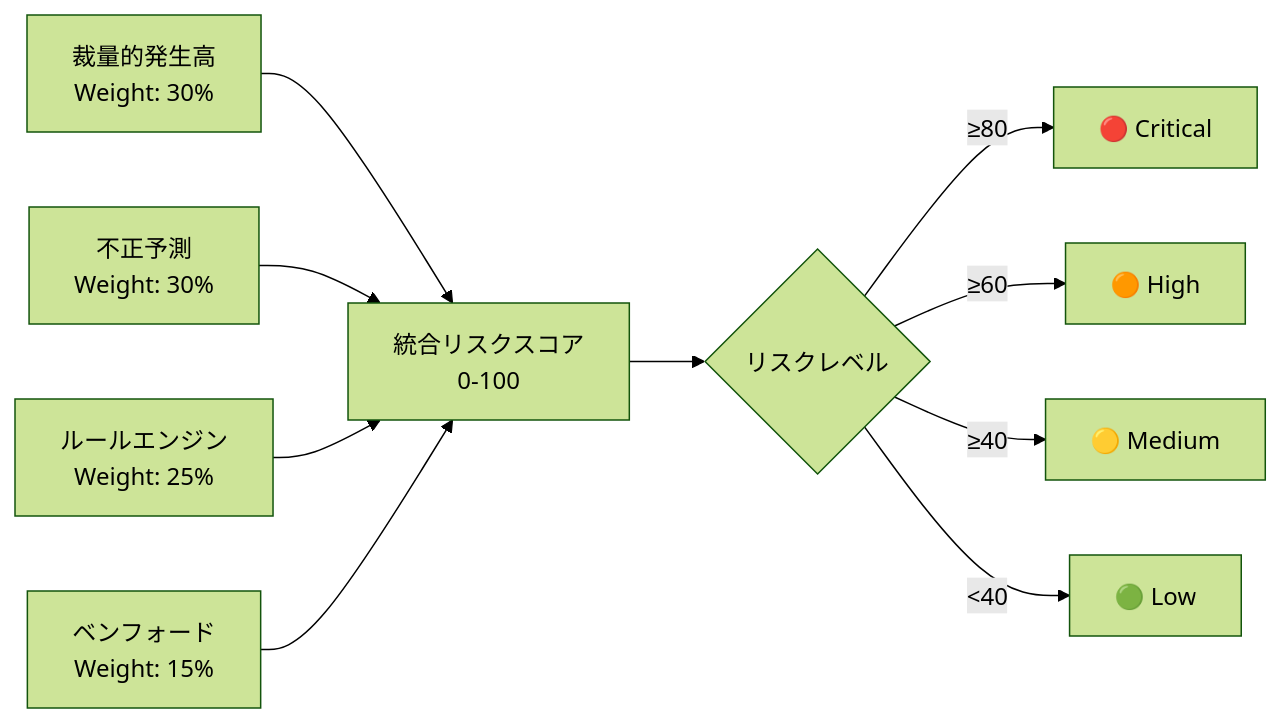
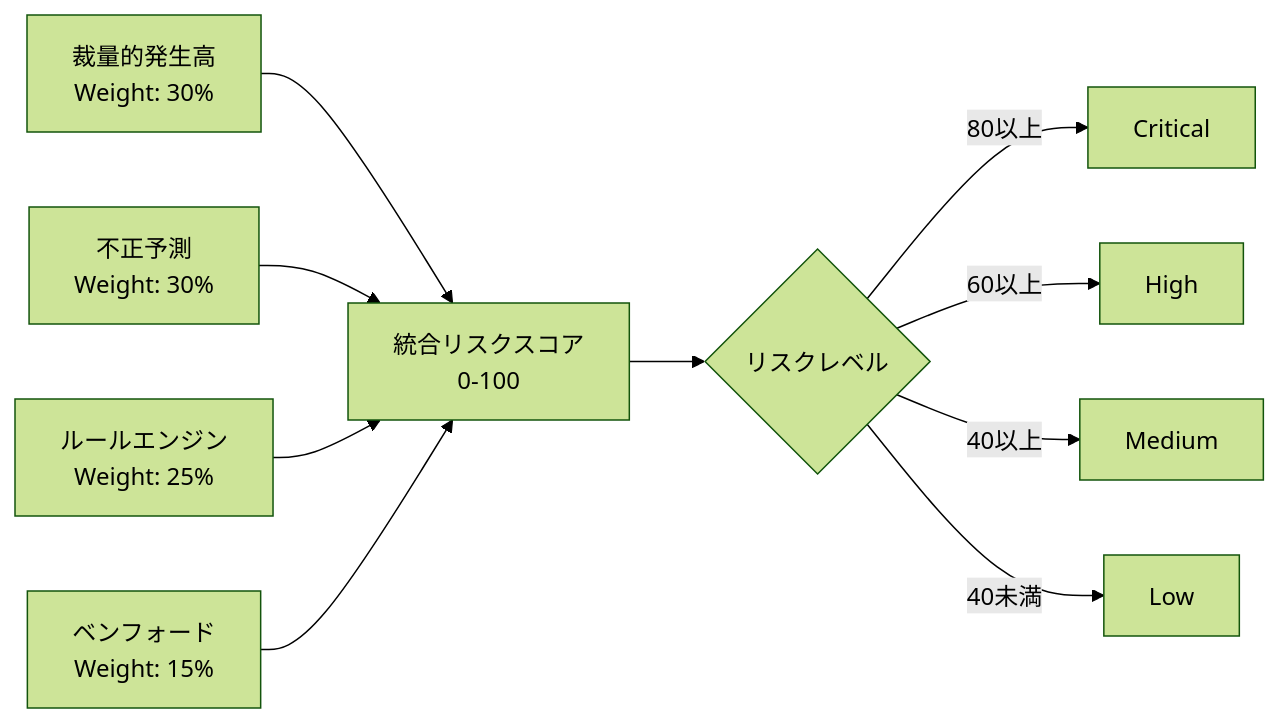
Before and after one commit to GEJFY/cs-risk-agent: the fifth of 8 diagrams in docs/architecture.md, drawn with Mermaid (forest theme). The commit also changed other lines of this file and 4 other files, not shown here.

````diff
--- a/docs/architecture.md
+++ b/docs/architecture.md
@@ -165,12 +281,12 @@
 ```mermaid
 graph LR
     DA[裁量的発生高<br>Weight: 30%] --> RS[統合リスクスコア<br>0-100]
     FP[不正予測<br>Weight: 30%] --> RS
     RE[ルールエンジン<br>Weight: 25%] --> RS
     BF[ベンフォード<br>Weight: 15%] --> RS
     RS --> CL{リスクレベル}
-    CL -->|≥80| Critical[🔴 Critical]
-    CL -->|≥60| High[🟠 High]
-    CL -->|≥40| Medium[🟡 Medium]
-    CL -->|<40| Low[🟢 Low]
+    CL -->|80以上| Critical
+    CL -->|60以上| High
+    CL -->|40以上| Medium
+    CL -->|40未満| Low
 ```
````
